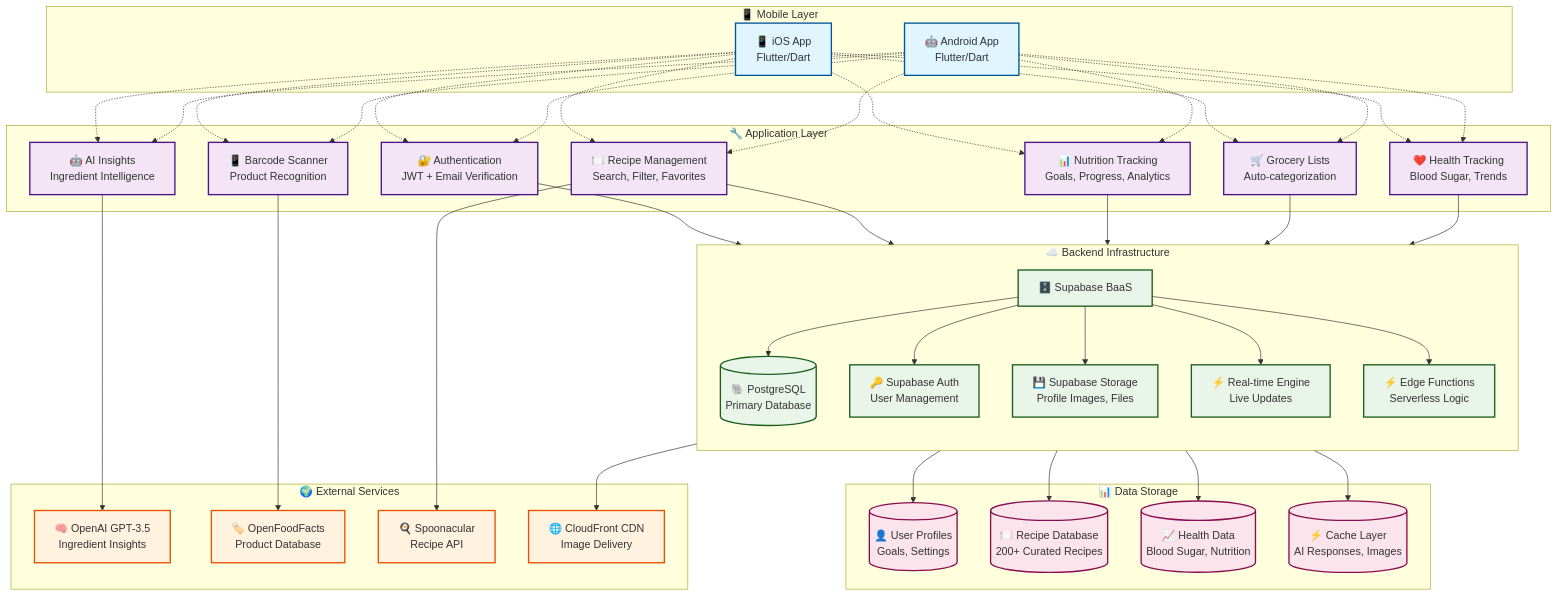
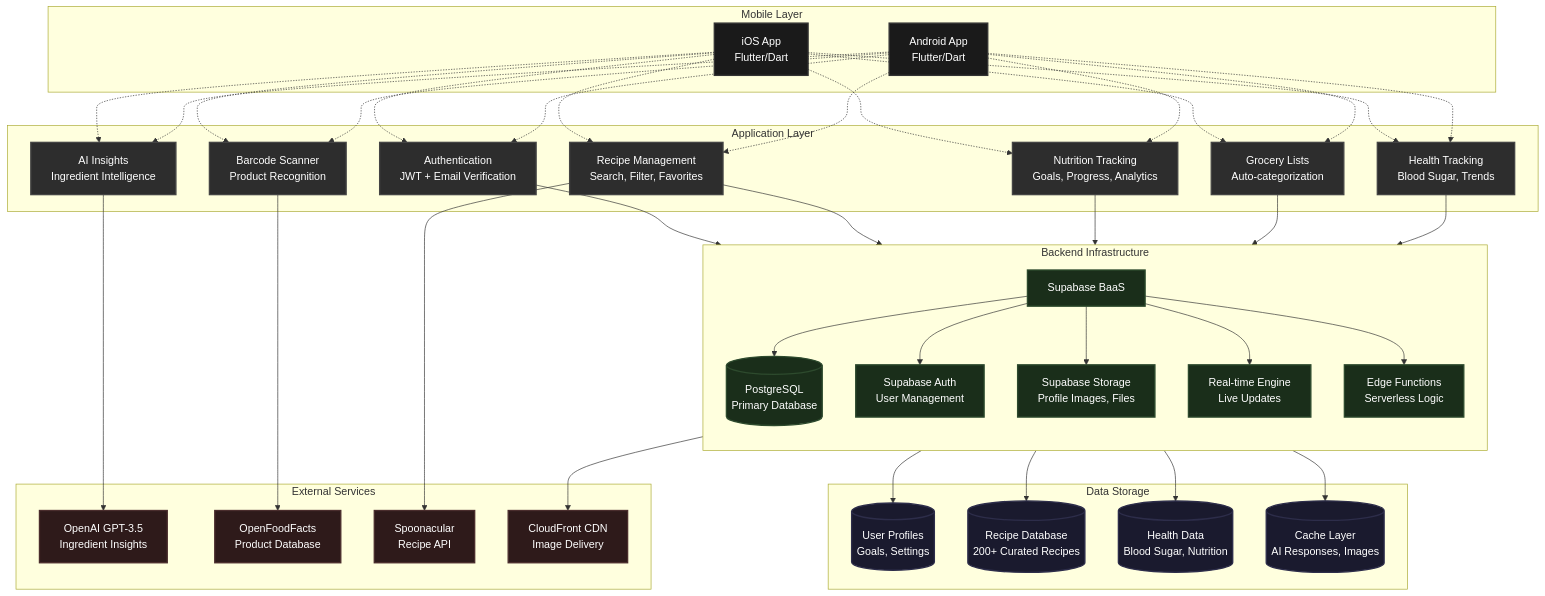
Before and after one commit to abhinavsrinivasan/diabetes-me: the first of 6 diagrams in README.md, drawn with Mermaid. The commit also changed other lines of this file, not shown here.

````diff
--- a/README.md
+++ b/README.md
@@ -32,42 +39,42 @@
 ```mermaid
 graph TB
-    subgraph "📱 Mobile Layer"
-        iOS[📱 iOS App<br/>Flutter/Dart]
-        Android[🤖 Android App<br/>Flutter/Dart]
+    subgraph "Mobile Layer"
+        iOS[iOS App<br/>Flutter/Dart]
+        Android[Android App<br/>Flutter/Dart]
     end
     
-    subgraph "🔧 Application Layer"
-        AuthService[🔐 Authentication<br/>JWT + Email Verification]
-        RecipeService[🍽️ Recipe Management<br/>Search, Filter, Favorites]
-        NutritionService[📊 Nutrition Tracking<br/>Goals, Progress, Analytics]
-        ScannerService[📱 Barcode Scanner<br/>Product Recognition]
-        AIService[🤖 AI Insights<br/>Ingredient Intelligence]
-        GroceryService[🛒 Grocery Lists<br/>Auto-categorization]
-        HealthService[❤️ Health Tracking<br/>Blood Sugar, Trends]
+    subgraph "Application Layer"
+        AuthService[Authentication<br/>JWT + Email Verification]
+        RecipeService[Recipe Management<br/>Search, Filter, Favorites]
+        NutritionService[Nutrition Tracking<br/>Goals, Progress, Analytics]
+        ScannerService[Barcode Scanner<br/>Product Recognition]
+        AIService[AI Insights<br/>Ingredient Intelligence]
+        GroceryService[Grocery Lists<br/>Auto-categorization]
+        HealthService[Health Tracking<br/>Blood Sugar, Trends]
     end
     
-    subgraph "☁️ Backend Infrastructure"
+    subgraph "Backend Infrastructure"
         direction TB
-        Supabase[🗄️ Supabase BaaS]
-        PostgreSQL[(🐘 PostgreSQL<br/>Primary Database)]
-        Auth[🔑 Supabase Auth<br/>User Management]
-        Storage[💾 Supabase Storage<br/>Profile Images, Files]
-        Realtime[⚡ Real-time Engine<br/>Live Updates]
-        EdgeFunctions[⚡ Edge Functions<br/>Serverless Logic]
+        Supabase[Supabase BaaS]
+        PostgreSQL[(PostgreSQL<br/>Primary Database)]
+        Auth[Supabase Auth<br/>User Management]
+        Storage[Supabase Storage<br/>Profile Images, Files]
+        Realtime[Real-time Engine<br/>Live Updates]
+        EdgeFunctions[Edge Functions<br/>Serverless Logic]
     end
     
-    subgraph "🌍 External Services"
-        OpenAI[🧠 OpenAI GPT-3.5<br/>Ingredient Insights]
-        OpenFood[🏷️ OpenFoodFacts<br/>Product Database]
-        Spoonacular[🍳 Spoonacular<br/>Recipe API]
-        CDN[🌐 CloudFront CDN<br/>Image Delivery]
+    subgraph "External Services"
+        OpenAI[OpenAI GPT-3.5<br/>Ingredient Insights]
+        OpenFood[OpenFoodFacts<br/>Product Database]
+        Spoonacular[Spoonacular<br/>Recipe API]
+        CDN[CloudFront CDN<br/>Image Delivery]
     end
     
-    subgraph "📊 Data Storage"
-        UserData[(👤 User Profiles<br/>Goals, Settings)]
-        RecipeData[(🍽️ Recipe Database<br/>200+ Curated Recipes)]
-        ProgressData[(📈 Health Data<br/>Blood Sugar, Nutrition)]
-        CacheData[(⚡ Cache Layer<br/>AI Responses, Images)]
+    subgraph "Data Storage"
+        UserData[(User Profiles<br/>Goals, Settings)]
+        RecipeData[(Recipe Database<br/>200+ Curated Recipes)]
+        ProgressData[(Health Data<br/>Blood Sugar, Nutrition)]
+        CacheData[(Cache Layer<br/>AI Responses, Images)]
     end
     
     iOS -.-> AuthService
@@ -108,11 +115,11 @@
     PostgreSQL --> ProgressData
     PostgreSQL --> CacheData
     
-    classDef mobileStyle fill:#e1f5fe,stroke:#01579b,stroke-width:2px
-    classDef serviceStyle fill:#f3e5f5,stroke:#4a148c,stroke-width:2px
-    classDef backendStyle fill:#e8f5e8,stroke:#1b5e20,stroke-width:2px
-    classDef externalStyle fill:#fff3e0,stroke:#e65100,stroke-width:2px
-    classDef dataStyle fill:#fce4ec,stroke:#880e4f,stroke-width:2px
+    classDef mobileStyle fill:#1a1a1a,stroke:#333333,stroke-width:2px,color:#ffffff
+    classDef serviceStyle fill:#2d2d2d,stroke:#444444,stroke-width:2px,color:#ffffff
+    classDef backendStyle fill:#1a2e1a,stroke:#2d4a2d,stroke-width:2px,color:#ffffff
+    classDef externalStyle fill:#2e1a1a,stroke:#4a2d2d,stroke-width:2px,color:#ffffff
+    classDef dataStyle fill:#1a1a2e,stroke:#2d2d4a,stroke-width:2px,color:#ffffff
     
     class iOS,Android mobileStyle
     class AuthService,RecipeService,NutritionService,ScannerService,AIService,GroceryService,HealthService serviceStyle
````
